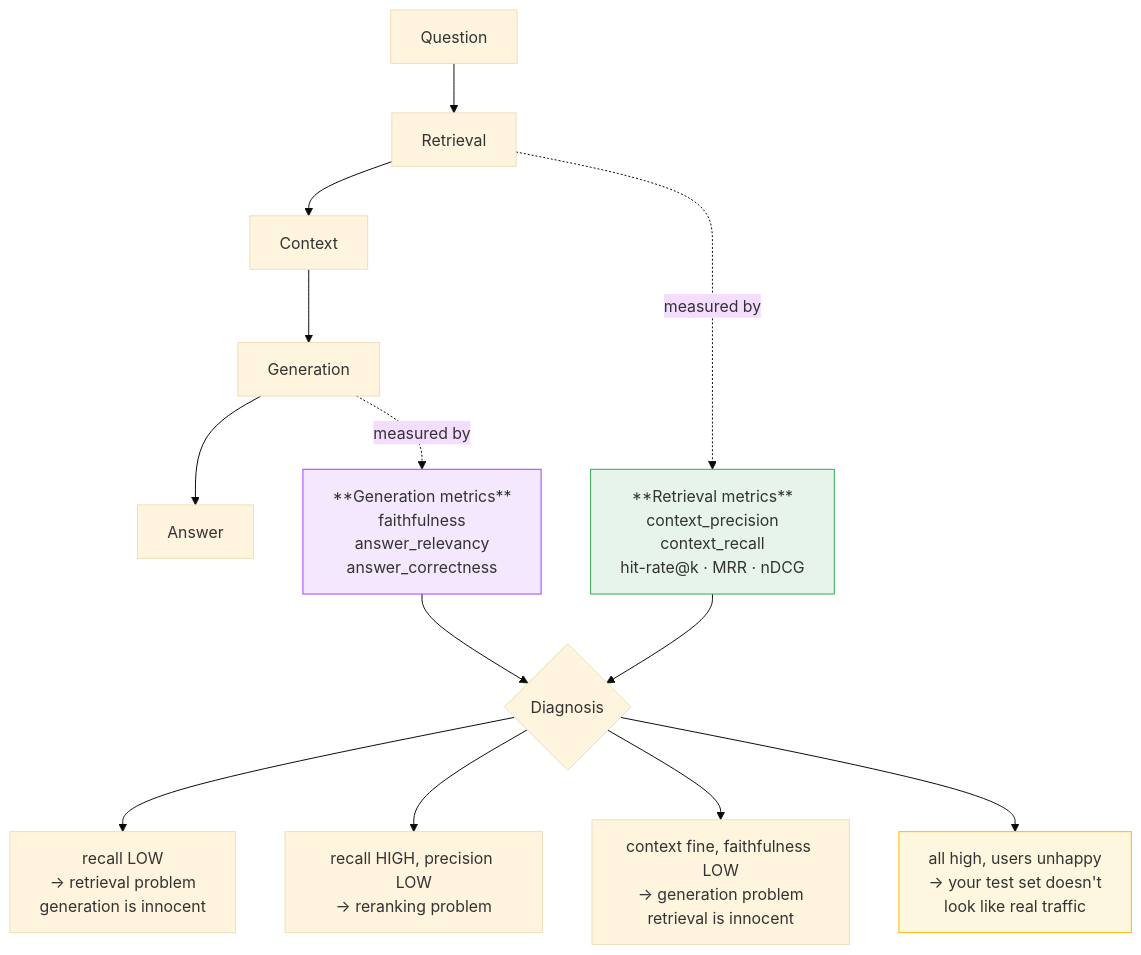
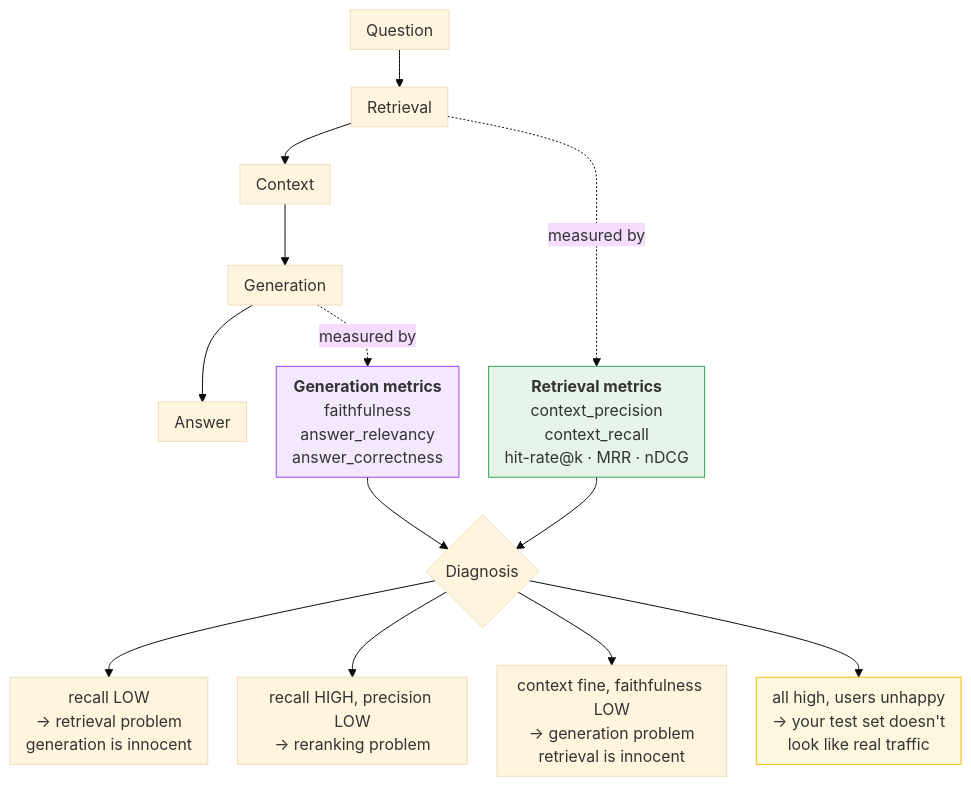
Before and after one commit to fibaneza/public-tmp: the first of 3 diagrams in rag/RAG_Evaluation.adoc, drawn with Mermaid (base theme). The commit also changed other lines of this file and 19 other files, not shown here.

Commit message:
feat: add RAG observability guide, standardize mermaid diagrams, and update cross-references throughout documentation

```diff
--- a/rag/RAG_Evaluation.adoc
+++ b/rag/RAG_Evaluation.adoc
@@ -20,23 +20,24 @@
 [mermaid]
 ....
+%%{init: {"flowchart": {"nodeSpacing": 30, "rankSpacing": 38, "padding": 8}} }%%
 flowchart TB
     Q[Question] --> R[Retrieval]
     R --> C[Context]
     C --> G[Generation]
     G --> A[Answer]
 
-    R -.->|"measured by"| RM["**Retrieval metrics**<br/>context_precision<br/>context_recall<br/>hit-rate@k · MRR · nDCG"]
-    G -.->|"measured by"| GM["**Generation metrics**<br/>faithfulness<br/>answer_relevancy<br/>answer_correctness"]
+    R -.->|"measured by"| RM["<b>Retrieval metrics</b><br/>context_precision<br/>context_recall<br/>hit-rate@k · MRR · nDCG"]
+    G -.->|"measured by"| GM["<b>Generation metrics</b><br/>faithfulness<br/>answer_relevancy<br/>answer_correctness"]
 
     RM --> D{Diagnosis}
     GM --> D
 
     D --> D1["recall LOW<br/>→ retrieval problem<br/>generation is innocent"]
     D --> D2["recall HIGH, precision LOW<br/>→ reranking problem"]
     D --> D3["context fine, faithfulness LOW<br/>→ generation problem<br/>retrieval is innocent"]
     D --> D4["all high, users unhappy<br/>→ your test set doesn't<br/>look like real traffic"]
 
     style RM fill:#e6f4ea,stroke:#34a853
     style GM fill:#f3e8fd,stroke:#a142f4
     style D4 fill:#fef7e0,stroke:#fbbc04
 ....
```
